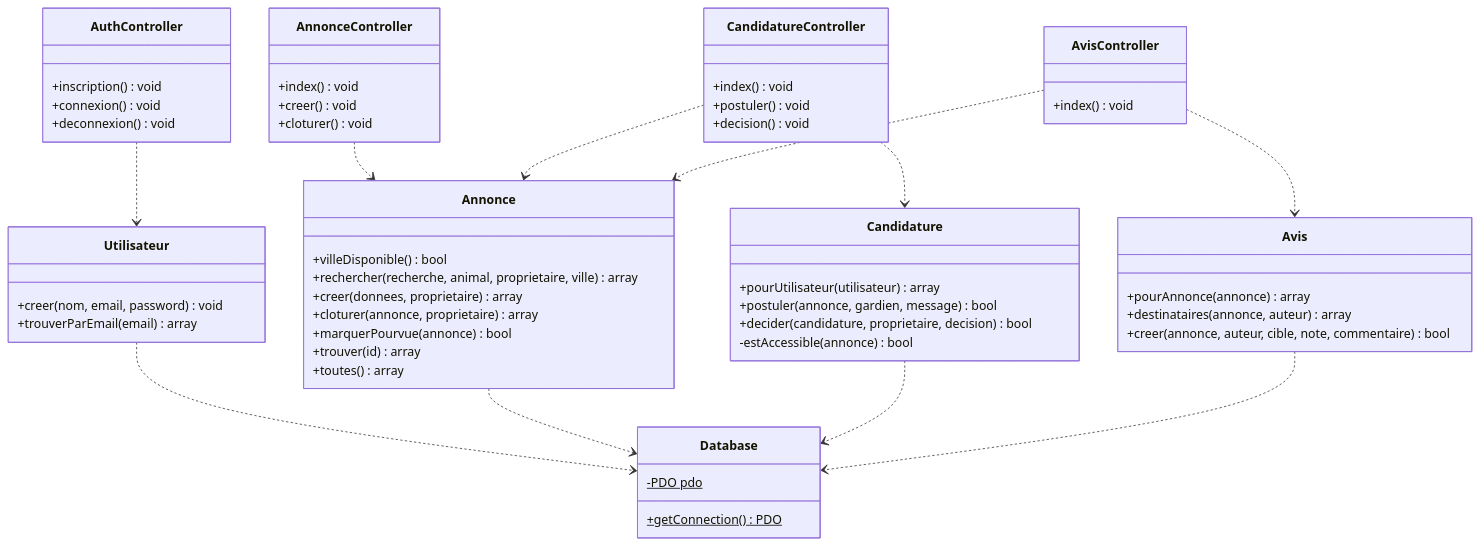
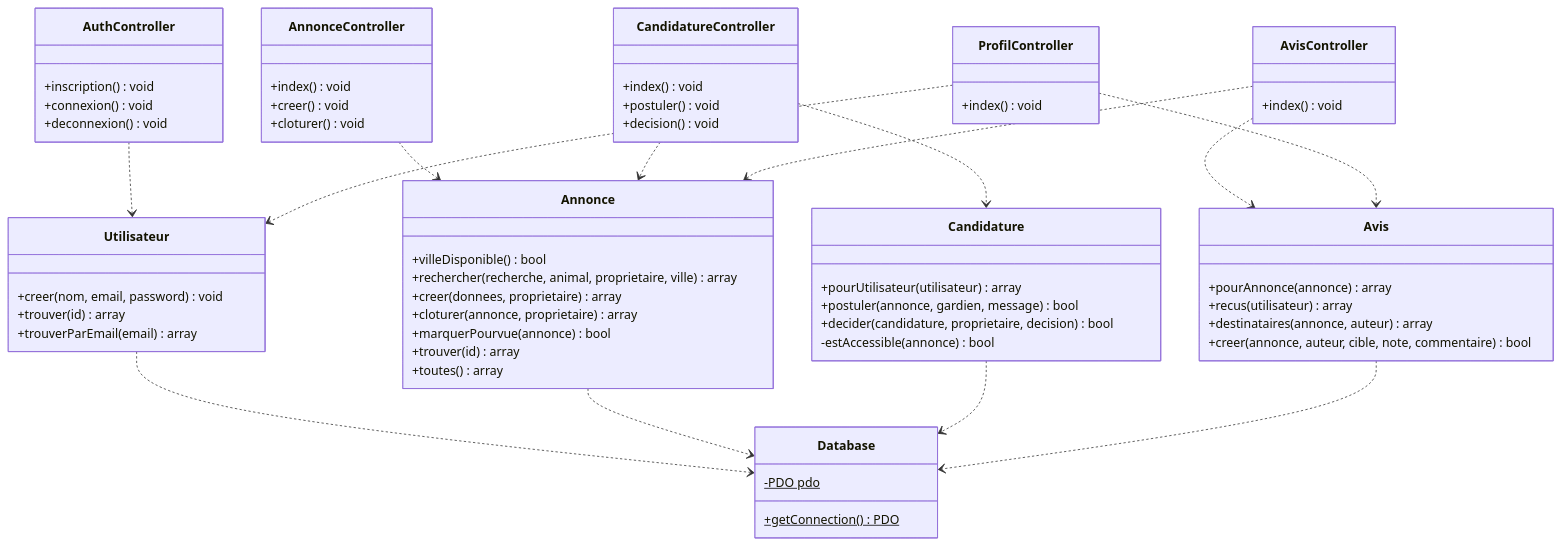
Before and after one commit to Idir1615/miaoumi-petsitter: the diagram in README.md, drawn with Mermaid. The commit also changed other lines of this file and 33 other files, not shown here.

Commit message:
Ajoute les pages détail et profil, finalise avis et comptes

````diff
--- a/README.md
+++ b/README.md
@@ -75,59 +75,66 @@
 ```mermaid
 classDiagram
     class Database {
         -PDO pdo$
         +getConnection()$ PDO
     }
     class Utilisateur {
         +creer(nom, email, password) void
+        +trouver(id) array
         +trouverParEmail(email) array
     }
     class Annonce {
         +villeDisponible() bool
         +rechercher(recherche, animal, proprietaire, ville) array
         +creer(donnees, proprietaire) array
         +cloturer(annonce, proprietaire) array
         +marquerPourvue(annonce) bool
         +trouver(id) array
         +toutes() array
     }
     class Candidature {
         +pourUtilisateur(utilisateur) array
         +postuler(annonce, gardien, message) bool
         +decider(candidature, proprietaire, decision) bool
         -estAccessible(annonce) bool
     }
     class Avis {
         +pourAnnonce(annonce) array
+        +recus(utilisateur) array
         +destinataires(annonce, auteur) array
         +creer(annonce, auteur, cible, note, commentaire) bool
     }
     class AuthController {
         +inscription() void
         +connexion() void
         +deconnexion() void
     }
     class AnnonceController {
         +index() void
         +creer() void
         +cloturer() void
     }
     class CandidatureController {
         +index() void
         +postuler() void
         +decision() void
     }
     class AvisController {
         +index() void
     }
+    class ProfilController {
+        +index() void
+    }
     AuthController ..> Utilisateur
     AnnonceController ..> Annonce
     CandidatureController ..> Candidature
     CandidatureController ..> Annonce
     AvisController ..> Avis
     AvisController ..> Annonce
+    ProfilController ..> Utilisateur
+    ProfilController ..> Avis
     Utilisateur ..> Database
     Annonce ..> Database
     Candidature ..> Database
     Avis ..> Database
 ```
````
